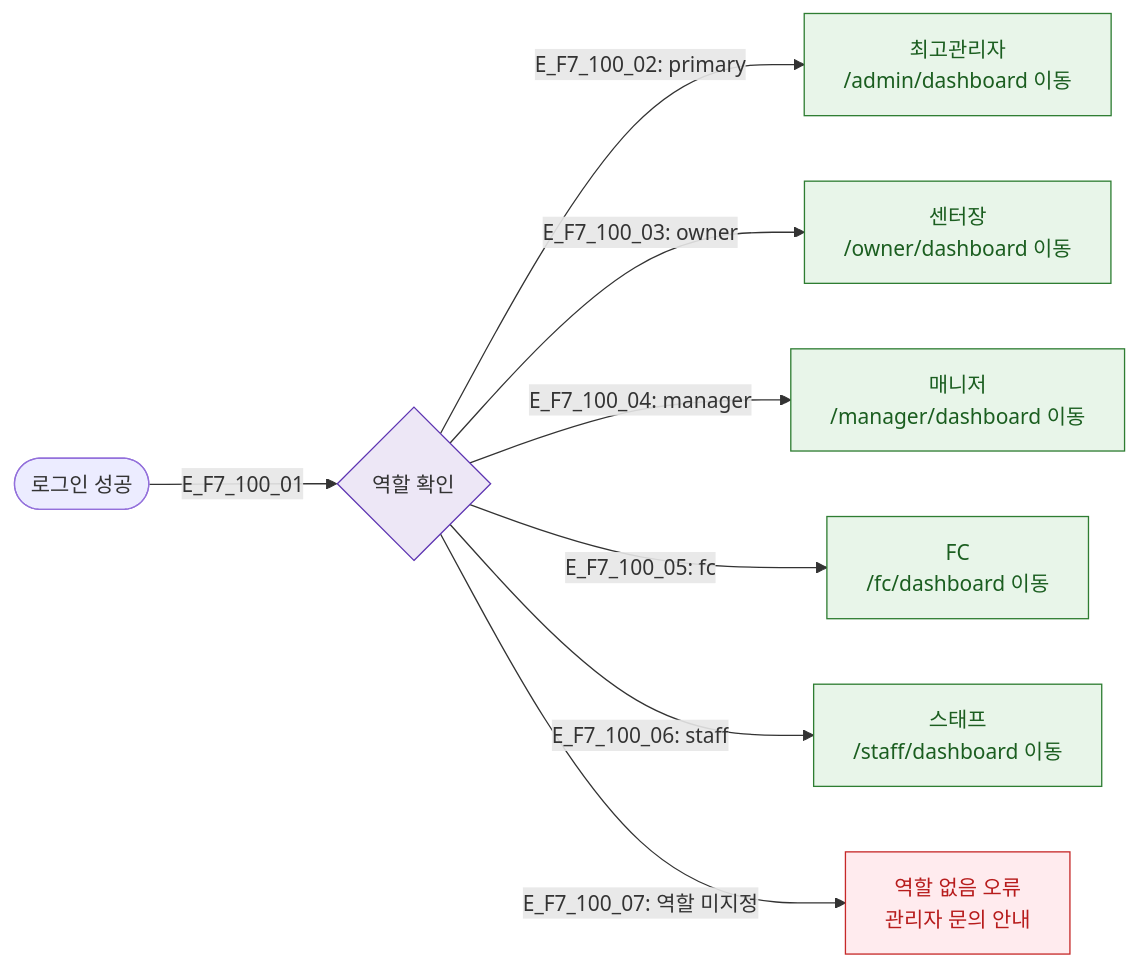
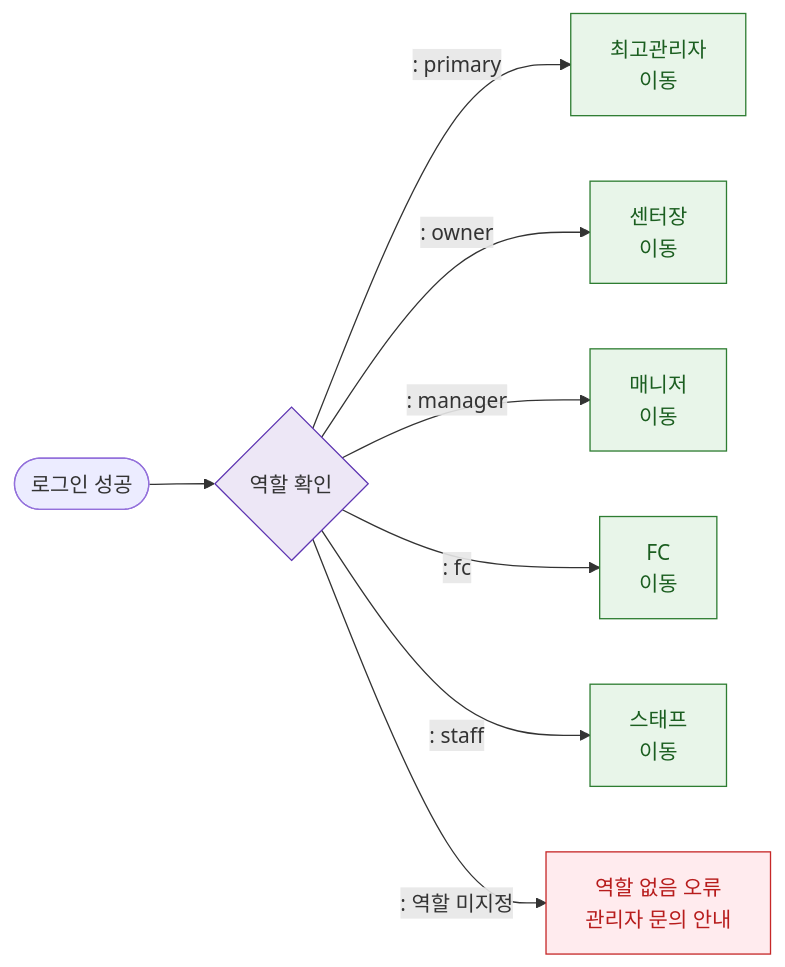
The diagram in docs/다이어그램/D10_본사관리/SCR-100_로그인/F7_권한RBAC.md (dev-spogym/admin-pando), drawn with Mermaid before and after one commit. The commit also changed other lines of this file and 1660 other files, not shown here.

First line of the commit message:
다이어그램: 기획자/클라이언트 납품본으로 정리

````diff
--- a/docs/다이어그램/D10_본사관리/SCR-100_로그인/F7_권한RBAC.md
+++ b/docs/다이어그램/D10_본사관리/SCR-100_로그인/F7_권한RBAC.md
@@ -14,19 +12,19 @@
 ```mermaid
 flowchart LR
-    LoginOK([로그인 성공]) -->|E_F7_100_01| RoleCheck{역할 확인}
+    LoginOK([로그인 성공]) --> RoleCheck{역할 확인}
 
-    RoleCheck -->|"E_F7_100_02: primary"| P[최고관리자\n/admin/dashboard 이동]
-    RoleCheck -->|"E_F7_100_03: owner"| O[센터장\n/owner/dashboard 이동]
-    RoleCheck -->|"E_F7_100_04: manager"| M[매니저\n/manager/dashboard 이동]
-    RoleCheck -->|"E_F7_100_05: fc"| FC[FC\n/fc/dashboard 이동]
-    RoleCheck -->|"E_F7_100_06: staff"| S[스태프\n/staff/dashboard 이동]
-    RoleCheck -->|"E_F7_100_07: 역할 미지정"| E_NoRole[역할 없음 오류\n관리자 문의 안내]
+    RoleCheck -->|": primary"|P[최고관리자\n 이동]
+    RoleCheck -->|": owner"|O[센터장\n 이동]
+    RoleCheck -->|": manager"|M[매니저\n 이동]
+    RoleCheck -->|": fc"|FC[FC\n 이동]
+    RoleCheck -->|": staff"|S[스태프\n 이동]
+    RoleCheck -->|": 역할 미지정"|E_NoRole[역할 없음 오류\n관리자 문의 안내]
 
     classDef screen fill:#E3F2FD,stroke:#1976D2,color:#0D47A1
     classDef success fill:#E8F5E9,stroke:#2E7D32,color:#1B5E20
     classDef error fill:#FFEBEE,stroke:#C62828,color:#B71C1C
     classDef system fill:#EDE7F6,stroke:#5E35B2
     class P,O,M,FC,S success
     class E_NoRole error
     class RoleCheck system
 ```
````
